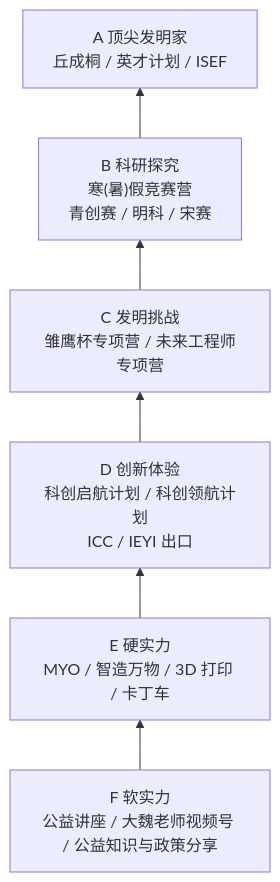
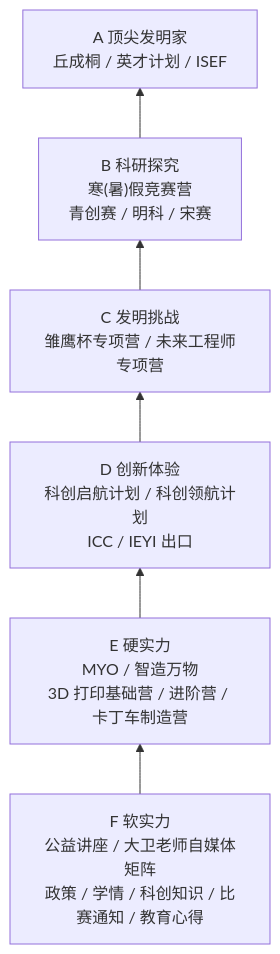
The first of 2 diagrams in references/product_knowledge/产品关系图.md (Amasun93/ideaLab), drawn with Mermaid before and after one commit. The commit also changed other lines of this file and 8 other files, not shown here.

````diff
--- a/references/product_knowledge/产品关系图.md
+++ b/references/product_knowledge/产品关系图.md
@@ -5,8 +5,8 @@
 ```mermaid
 flowchart BT
-  F["F 软实力<br/>公益讲座 / 大魏老师视频号 / 公益知识与政策分享"] --> E["E 硬实力<br/>MYO / 智造万物 / 3D 打印 / 卡丁车"]
+  F["F 软实力<br/>公益讲座 / 大卫老师自媒体矩阵<br/>政策 / 学情 / 科创知识 / 比赛通知 / 教育心得"] --> E["E 硬实力<br/>MYO / 智造万物<br/>3D 打印基础营 / 进阶营 / 卡丁车制造营"]
   E --> D["D 创新体验<br/>科创启航计划 / 科创领航计划<br/>ICC / IEYI 出口"]
   D --> C["C 发明挑战<br/>雏鹰杯专项营 / 未来工程师专项营"]
   C --> B["B 科研探究<br/>寒(暑)假竞赛营<br/>青创赛 / 明科 / 宋赛"]
   B --> A["A 顶尖发明家<br/>丘成桐 / 英才计划 / ISEF"]
 ```
````
